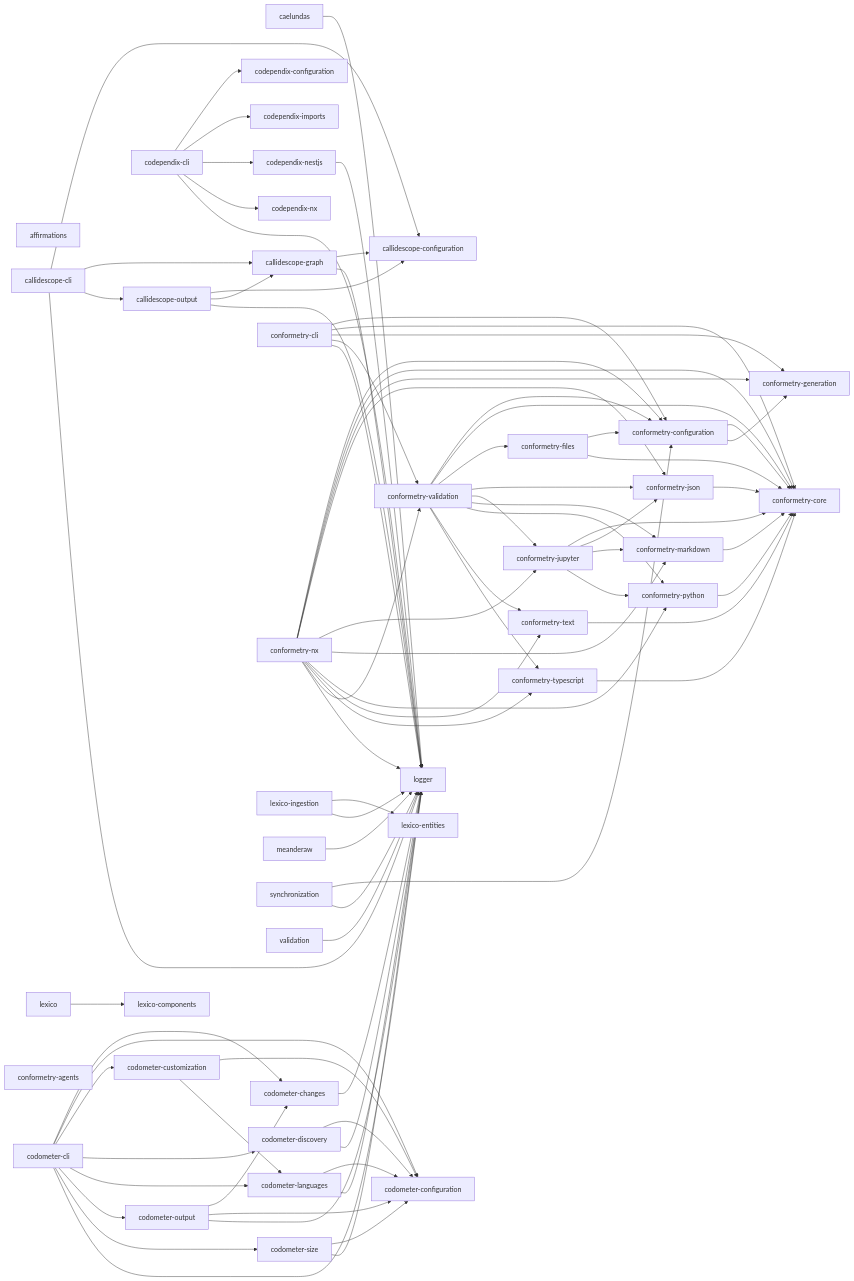
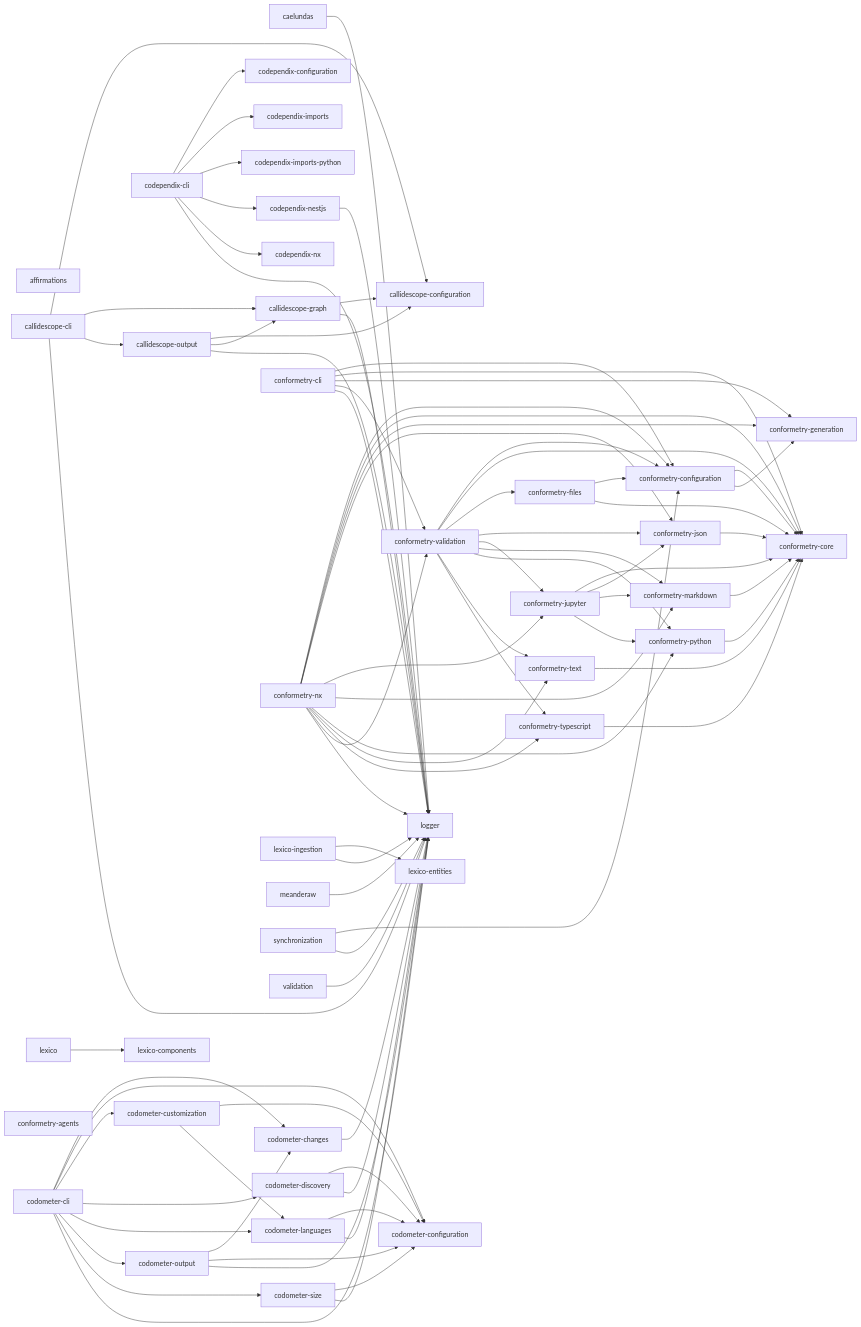
One commit to JimmyPaolini/codebase changed the diagram in README.md. Above: the diagram before and after it, drawn with Mermaid. The commit also changed other lines of this file and 50 other files, not shown here.

Commit message:
feat(codependix): ✨ add python file-level import graph support

```diff
--- a/README.md
+++ b/README.md
@@ -158,6 +159,7 @@
   codependix_cli["codependix-cli"]
   codependix_configuration["codependix-configuration"]
   codependix_imports["codependix-imports"]
+  codependix_imports_python["codependix-imports-python"]
   codependix_nestjs["codependix-nestjs"]
   codependix_nx["codependix-nx"]
   codometer_changes["codometer-changes"]
@@ -202,6 +204,7 @@
   callidescope_output --> logger
   codependix_cli --> codependix_configuration
   codependix_cli --> codependix_imports
+  codependix_cli --> codependix_imports_python
   codependix_cli --> codependix_nestjs
   codependix_cli --> codependix_nx
   codependix_cli --> logger
```
